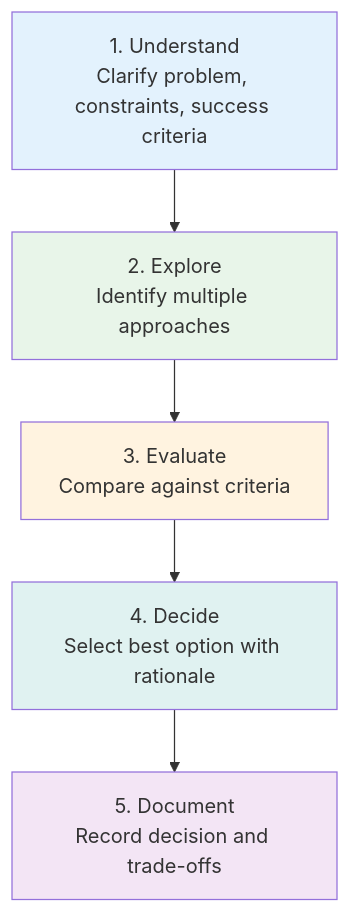
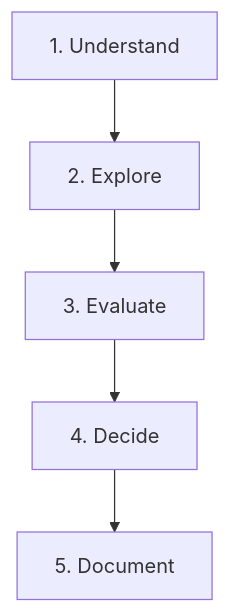
Before and after one commit to saileshkushwaha/AgenticWorld: the fifth of 9 diagrams in forge-framework/DIAGRAMS.md, drawn with Mermaid. The commit also changed other lines of this file and 33 other files, not shown here.

````diff
--- a/forge-framework/DIAGRAMS.md
+++ b/forge-framework/DIAGRAMS.md
@@ -145,16 +61,7 @@
 ```mermaid
 flowchart TB
-    D1[1. Understand<br/>Clarify problem, constraints, success criteria]
-    D2[2. Explore<br/>Identify multiple approaches]
-    D3[3. Evaluate<br/>Compare against criteria]
-    D4[4. Decide<br/>Select best option with rationale]
-    D5[5. Document<br/>Record decision and trade-offs]
-
-    D1 --> D2 --> D3 --> D4 --> D5
-
-    style D1 fill:#e3f2fd
-    style D2 fill:#e8f5e9
-    style D3 fill:#fff3e0
-    style D4 fill:#e0f2f1
-    style D5 fill:#f3e5f5
+    D1[1. Understand] --> D2[2. Explore]
+    D2 --> D3[3. Evaluate]
+    D3 --> D4[4. Decide]
+    D4 --> D5[5. Document]
 ```
````
